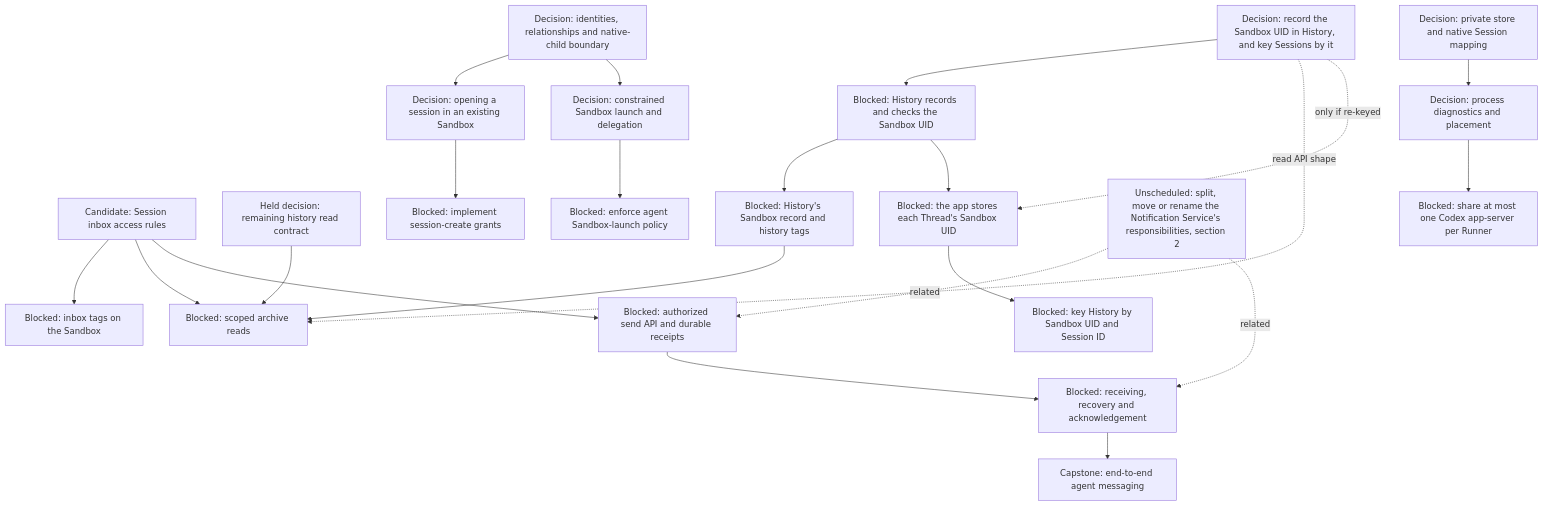
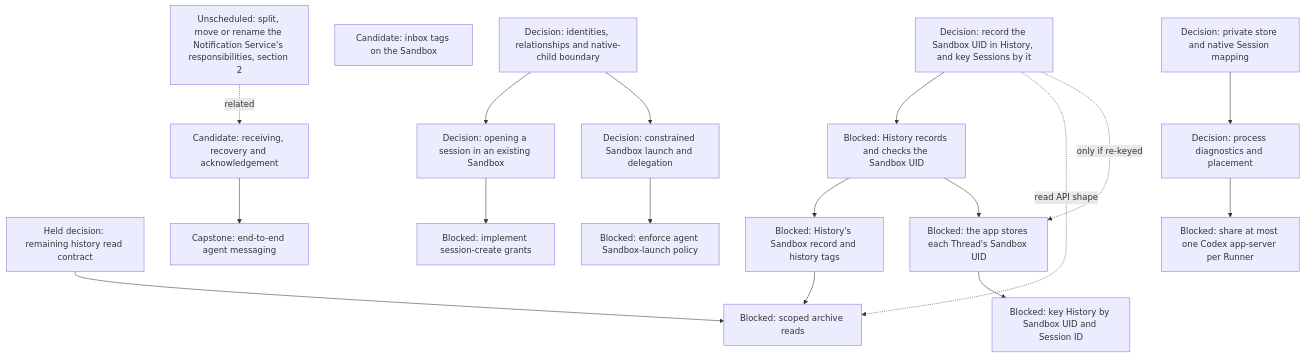
Before and after one commit to agentydragon-agent/ducktape: the fifth of 17 diagrams in agentplane/plans/task_dag.md, drawn with Mermaid. The commit also changed other lines of this file and 40 other files, not shown here.

First line of the commit message:
agentplane(notifications): workloads send messages to Session inboxes (#11353)

````diff
--- a/agentplane/plans/task_dag.md
+++ b/agentplane/plans/task_dag.md
@@ -250,43 +250,36 @@
 ```mermaid
 flowchart TD
     MULTIAGENT_MODEL[Decision: identities, relationships and native-child boundary]
-    SESSION_INBOX_ACCESS_RULES[Candidate: Session inbox access rules]
     THREAD_READ_POLICY_DESIGN[Held decision: remaining history read contract]
-    SANDBOX_INBOX_TAGS[Blocked: inbox tags on the Sandbox]
+    SANDBOX_INBOX_TAGS[Candidate: inbox tags on the Sandbox]
     HISTORY_SANDBOX_RECORD[Blocked: History's Sandbox record and history tags]
     THREAD_READ_POLICY[Blocked: scoped archive reads]
     HISTORY_SESSION_KEY_DESIGN[Decision: record the Sandbox UID in History, and key Sessions by it]
     HISTORY_SANDBOX_UID[Blocked: History records and checks the Sandbox UID]
     APP_THREAD_SANDBOX_UID[Blocked: the app stores each Thread's Sandbox UID]
     HISTORY_SESSION_REKEY[Blocked: key History by Sandbox UID and Session ID]
-    AGENT_MESSAGE_INGRESS[Blocked: authorized send API and durable receipts]
-    AGENT_MESSAGE_RECEPTION[Blocked: receiving, recovery and acknowledgement]
+    AGENT_MESSAGE_RECEPTION[Candidate: receiving, recovery and acknowledgement]
     AGENT_MESSAGING[Capstone: end-to-end agent messaging]
     THREAD_CREATE_POLICY[Decision: opening a session in an existing Sandbox]
     THREAD_CREATE_AUTHORIZATION[Blocked: implement session-create grants]
     AGENT_LAUNCH_POLICY_DESIGN[Decision: constrained Sandbox launch and delegation]
     AGENT_SANDBOX_LAUNCH[Blocked: enforce agent Sandbox-launch policy]
     MULTIAGENT_MODEL --> THREAD_CREATE_POLICY
     MULTIAGENT_MODEL --> AGENT_LAUNCH_POLICY_DESIGN
     THREAD_READ_POLICY_DESIGN --> THREAD_READ_POLICY
-    SESSION_INBOX_ACCESS_RULES --> SANDBOX_INBOX_TAGS
-    SESSION_INBOX_ACCESS_RULES --> THREAD_READ_POLICY
     HISTORY_SESSION_KEY_DESIGN --> HISTORY_SANDBOX_UID
     HISTORY_SESSION_KEY_DESIGN -. read API shape .-> THREAD_READ_POLICY
     HISTORY_SESSION_KEY_DESIGN -. only if re-keyed .-> APP_THREAD_SANDBOX_UID
     HISTORY_SANDBOX_UID --> HISTORY_SANDBOX_RECORD
     HISTORY_SANDBOX_RECORD --> THREAD_READ_POLICY
     HISTORY_SANDBOX_UID --> APP_THREAD_SANDBOX_UID
     APP_THREAD_SANDBOX_UID --> HISTORY_SESSION_REKEY
-    SESSION_INBOX_ACCESS_RULES --> AGENT_MESSAGE_INGRESS
-    AGENT_MESSAGE_INGRESS --> AGENT_MESSAGE_RECEPTION
-    NOTIFICATION_SERVICE_SPLIT[Unscheduled: split, move or rename the Notification Service's responsibilities, section 2] -. related .-> AGENT_MESSAGE_INGRESS
-    NOTIFICATION_SERVICE_SPLIT -. related .-> AGENT_MESSAGE_RECEPTION
+    NOTIFICATION_SERVICE_SPLIT[Unscheduled: split, move or rename the Notification Service's responsibilities, section 2] -. related .-> AGENT_MESSAGE_RECEPTION
     AGENT_MESSAGE_RECEPTION --> AGENT_MESSAGING
     THREAD_CREATE_POLICY --> THREAD_CREATE_AUTHORIZATION
     AGENT_LAUNCH_POLICY_DESIGN --> AGENT_SANDBOX_LAUNCH
     RUNNER_HARNESS_OBJECTS_DESIGN[Decision: process diagnostics and placement]
     HARNESS_IDENTITY_DESIGN[Decision: private store and native Session mapping]
     HARNESS_IDENTITY_DESIGN --> RUNNER_HARNESS_OBJECTS_DESIGN
     RUNNER_HARNESS_OBJECTS_DESIGN --> RUNNER_CODEX_SHARED_PROCESS[Blocked: share at most one Codex app-server per Runner]
 ```
````
